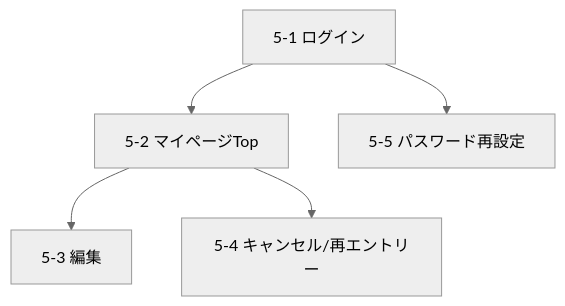
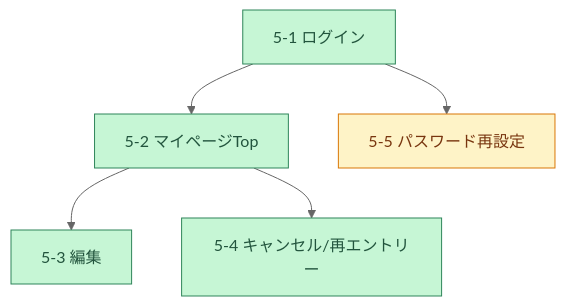
One commit to m-uesaka/regional-quiz-entry-form changed the seventh of 8 diagrams in tasks.md. Above: the diagram before and after it, drawn with Mermaid (neutral theme). The commit also changed other lines of this file, not shown here.

````diff
--- a/tasks.md
+++ b/tasks.md
@@ -151,7 +151,10 @@
 ```mermaid
 graph TD
-  T51["5-1 ログイン"] --> T52["5-2 マイページTop"]
-  T52 --> T53["5-3 編集"]
-  T52 --> T54["5-4 キャンセル/再エントリー"]
-  T51 --> T55["5-5 パスワード再設定"]
+  T51["5-1 ログイン"]:::done --> T52["5-2 マイページTop"]:::done
+  T52 --> T53["5-3 編集"]:::done
+  T52 --> T54["5-4 キャンセル/再エントリー"]:::done
+  T51 --> T55["5-5 パスワード再設定"]:::next
+
+  classDef done fill:#c6f6d5,stroke:#2f855a,color:#22543d;
+  classDef next fill:#fef3c7,stroke:#d97706,color:#78350f;
 ```
````
